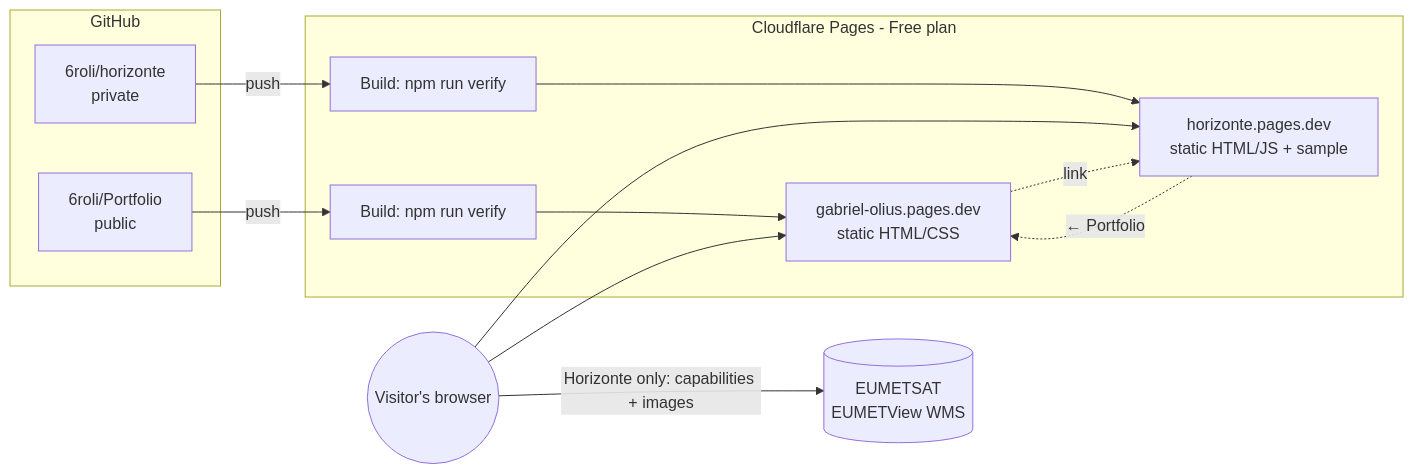
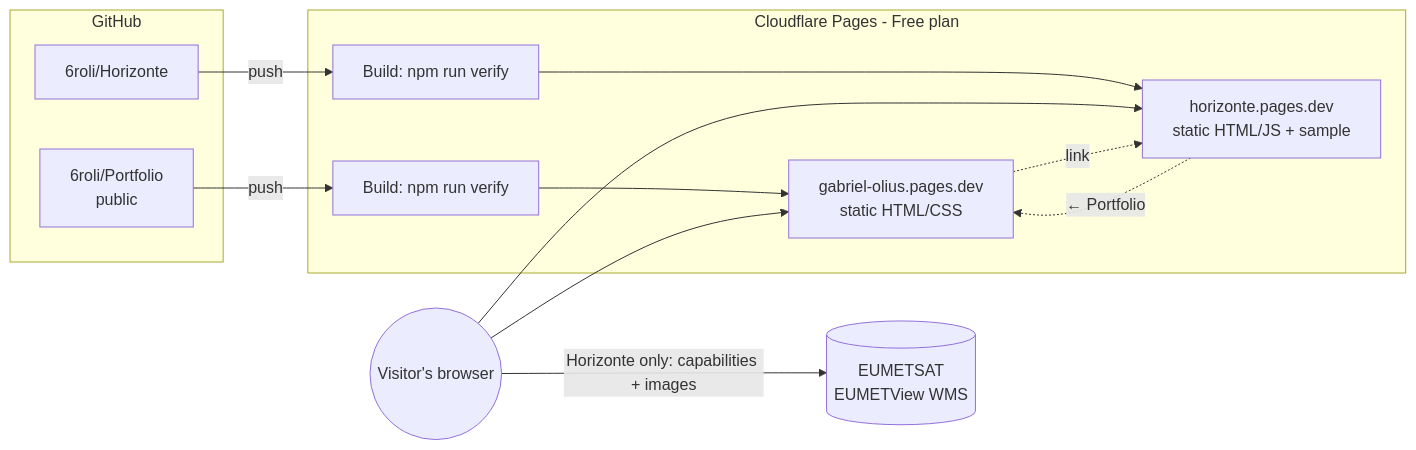
One commit to 6roli/Portfolio changed the diagram in docs/architecture.md. Above: the diagram before and after it, drawn with Mermaid. The commit also changed 3 other files, not shown here.

Commit message:
Link to the 6roli/Horizonte repository

````diff
--- a/docs/architecture.md
+++ b/docs/architecture.md
@@ -6,22 +6,22 @@
 ```mermaid
 flowchart LR
   subgraph GitHub
     P[6roli/Portfolio<br/>public]
-    H[6roli/horizonte<br/>private]
+    H[6roli/Horizonte]
   end
 
   subgraph CF[Cloudflare Pages - Free plan]
     BP[Build: npm run verify] --> SP[gabriel-olius.pages.dev<br/>static HTML/CSS]
     BH[Build: npm run verify] --> SH[horizonte.pages.dev<br/>static HTML/JS + sample]
   end
 
   P -- push --> BP
   H -- push --> BH
 
   V((Visitor's browser))
   V --> SP
   V --> SH
   V -- "Horizonte only: capabilities + images" --> E[(EUMETSAT<br/>EUMETView WMS)]
   SP -. link .-> SH
   SH -. "← Portfolio" .-> SP
 ```
````
